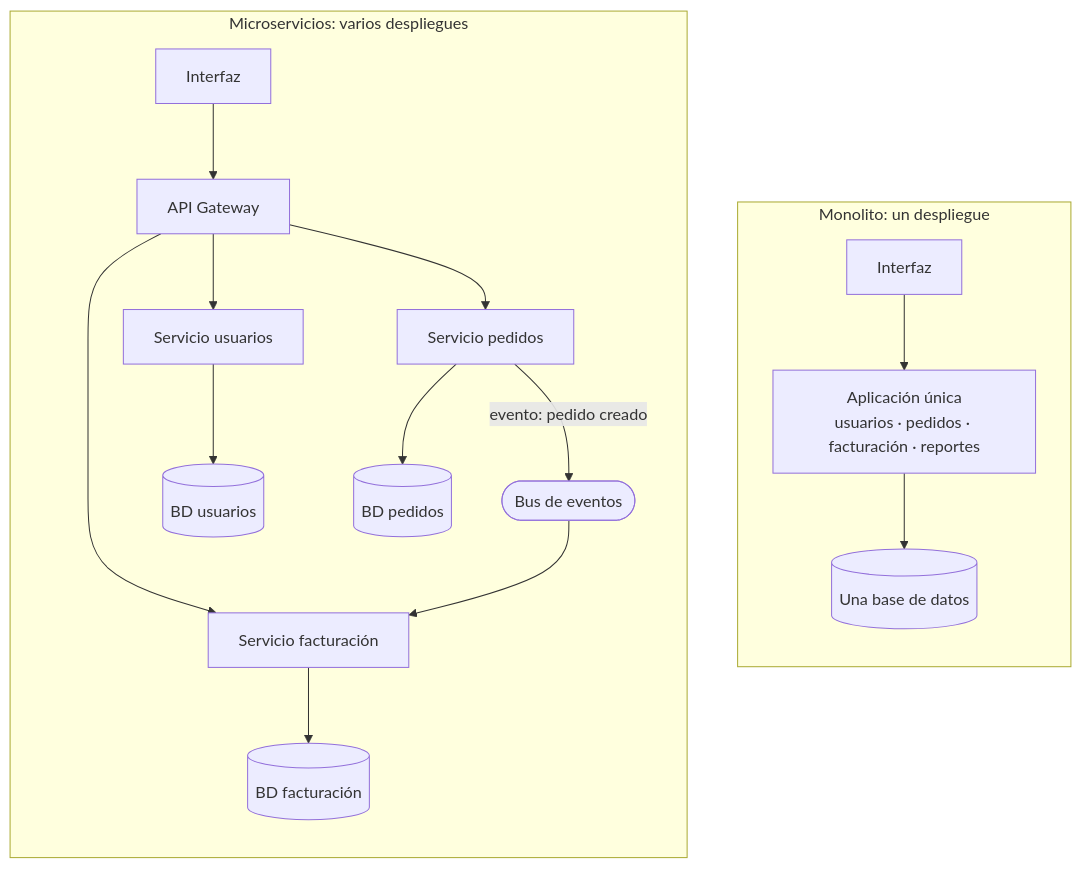
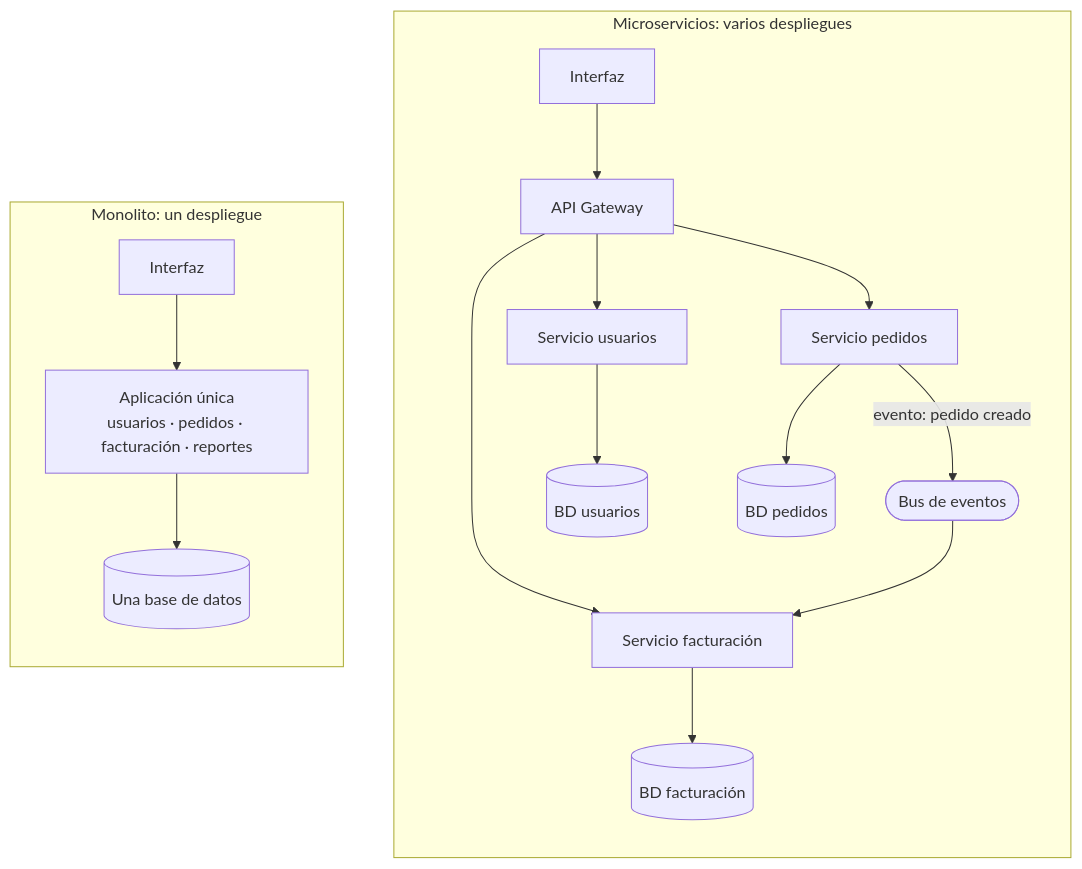
Before and after one commit to andresga79/saas-para-scrum-masters: the first of 2 diagrams in content/02-monolito-microservicios.md, drawn with Mermaid. The commit also changed 13 other files, not shown here.

First line of the commit message:
Corrige legibilidad de diagramas, casilla del pie e impresión en modo oscuro

````diff
--- a/content/02-monolito-microservicios.md
+++ b/content/02-monolito-microservicios.md
@@ -11,21 +11,23 @@
 ```mermaid
-flowchart TB
+flowchart LR
     subgraph MONO["Monolito: un despliegue"]
         direction TB
         UI1["Interfaz"] --> M["Aplicación única<br/>usuarios · pedidos · facturación · reportes"]
         M --> DB1[("Una base de datos")]
     end
 
     subgraph MICRO["Microservicios: varios despliegues"]
         direction TB
         UI2["Interfaz"] --> GW["API Gateway"]
         GW --> SU["Servicio usuarios"]
         GW --> SP["Servicio pedidos"]
         GW --> SF["Servicio facturación"]
         SP -- "evento: pedido creado" --> BUS(["Bus de eventos"])
         BUS --> SF
         SU --> DBU[("BD usuarios")]
         SP --> DBP[("BD pedidos")]
         SF --> DBF[("BD facturación")]
     end
+
+    MONO ~~~ MICRO
 ```
````
